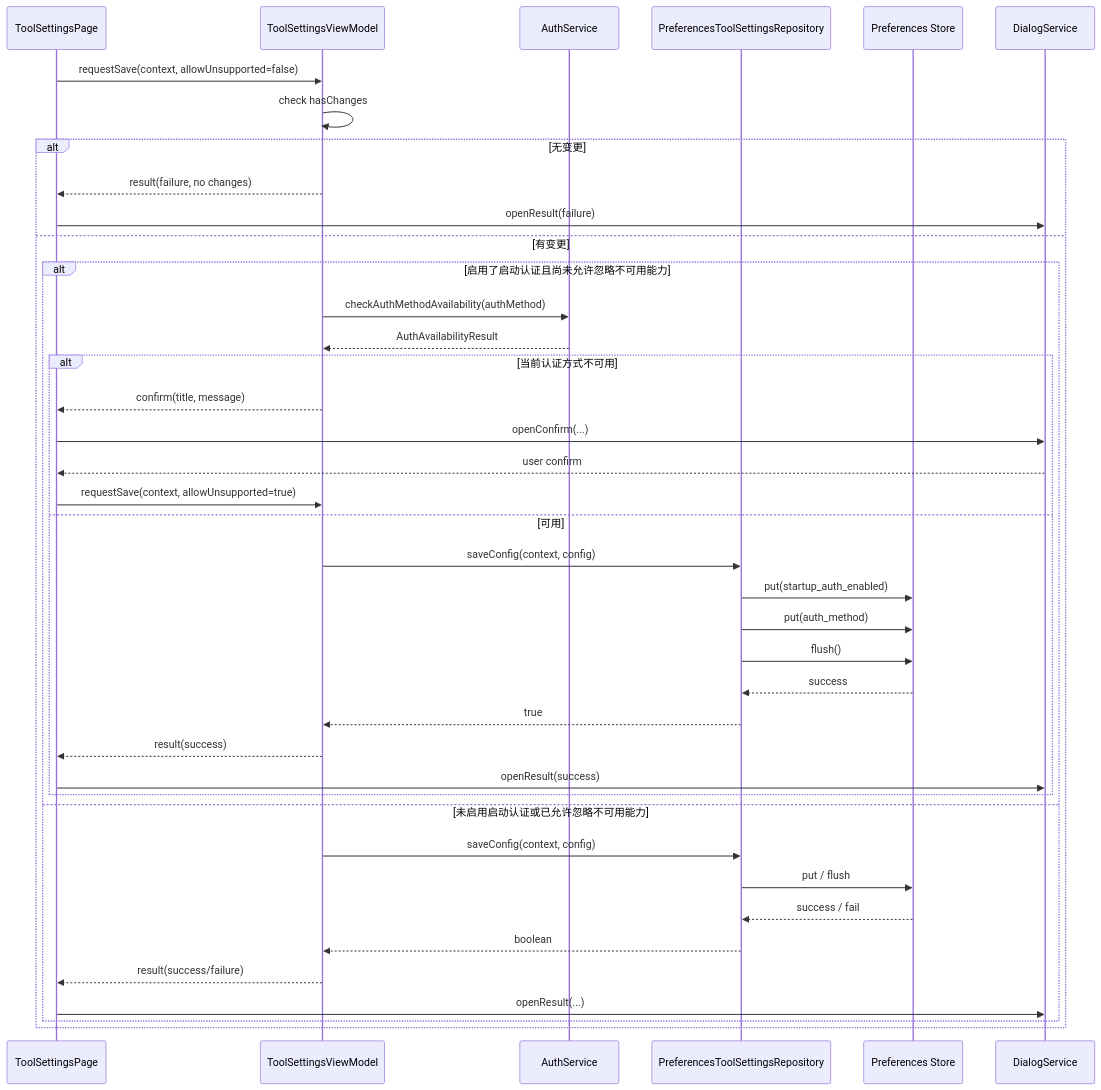
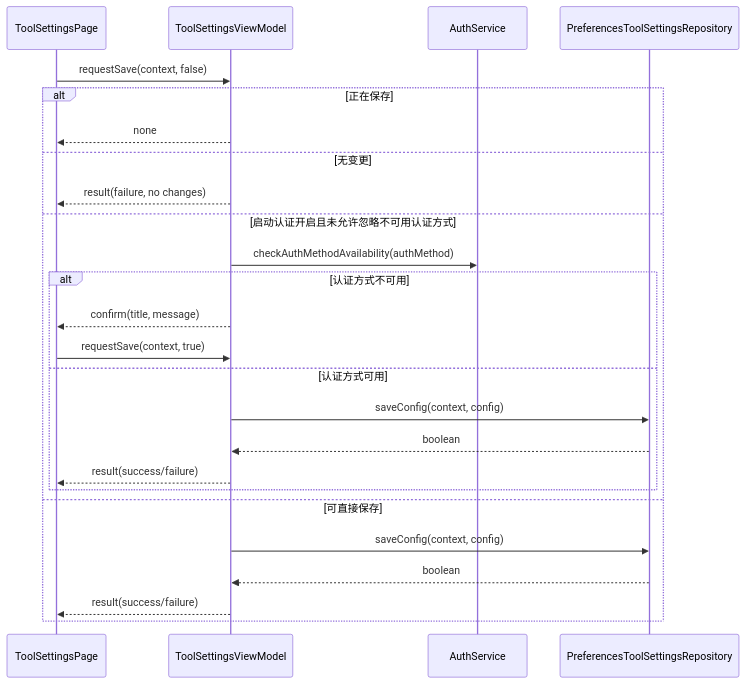
The second of 3 diagrams in docs/03-模块设计/工具设置组件设计说明.md (Deslord319/security_tool), drawn with Mermaid before and after one commit. The commit also changed other lines of this file and 1 other file, not shown here.

Commit message:
docs: refresh tool settings module design

````diff
--- a/docs/03-模块设计/工具设置组件设计说明.md
+++ b/docs/03-模块设计/工具设置组件设计说明.md
@@ -265,43 +156,28 @@
 ```mermaid
 sequenceDiagram
-  participant UI as ToolSettingsPage
+  participant Page as ToolSettingsPage
   participant VM as ToolSettingsViewModel
   participant Auth as AuthService
   participant Repo as PreferencesToolSettingsRepository
-  participant Pref as Preferences Store
-  participant Dialog as DialogService
 
-  UI->>VM: requestSave(context, allowUnsupported=false)
-  VM->>VM: check hasChanges
-  alt 无变更
-    VM-->>UI: result(failure, no changes)
-    UI->>Dialog: openResult(failure)
-  else 有变更
-    alt 启用了启动认证且尚未允许忽略不可用能力
-      VM->>Auth: checkAuthMethodAvailability(authMethod)
-      Auth-->>VM: AuthAvailabilityResult
-      alt 当前认证方式不可用
-        VM-->>UI: confirm(title, message)
-        UI->>Dialog: openConfirm(...)
-        Dialog-->>UI: user confirm
-        UI->>VM: requestSave(context, allowUnsupported=true)
-      else 可用
-        VM->>Repo: saveConfig(context, config)
-        Repo->>Pref: put(startup_auth_enabled)
-        Repo->>Pref: put(auth_method)
-        Repo->>Pref: flush()
-        Pref-->>Repo: success
-        Repo-->>VM: true
-        VM-->>UI: result(success)
-        UI->>Dialog: openResult(success)
-      end
-    else 未启用启动认证或已允许忽略不可用能力
+  Page->>VM: requestSave(context, false)
+  alt 正在保存
+    VM-->>Page: none
+  else 无变更
+    VM-->>Page: result(failure, no changes)
+  else 启动认证开启且未允许忽略不可用认证方式
+    VM->>Auth: checkAuthMethodAvailability(authMethod)
+    alt 认证方式不可用
+      VM-->>Page: confirm(title, message)
+      Page->>VM: requestSave(context, true)
+    else 认证方式可用
       VM->>Repo: saveConfig(context, config)
-      Repo->>Pref: put / flush
-      Pref-->>Repo: success / fail
       Repo-->>VM: boolean
-      VM-->>UI: result(success/failure)
-      UI->>Dialog: openResult(...)
+      VM-->>Page: result(success/failure)
     end
+  else 可直接保存
+    VM->>Repo: saveConfig(context, config)
+    Repo-->>VM: boolean
+    VM-->>Page: result(success/failure)
   end
 ```
````
